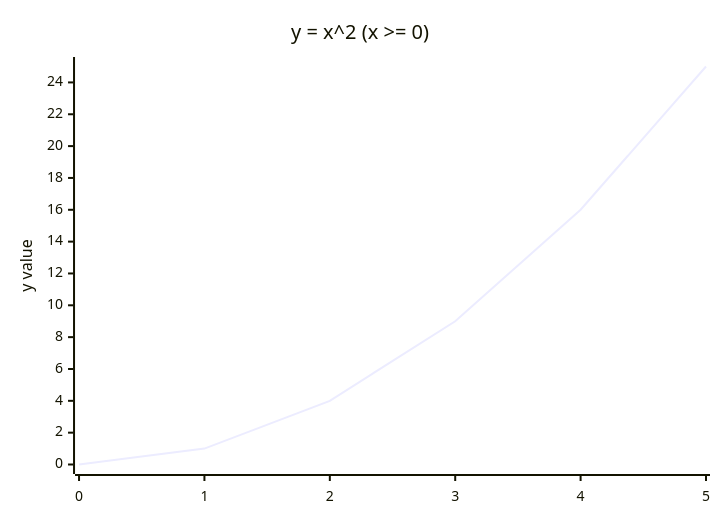
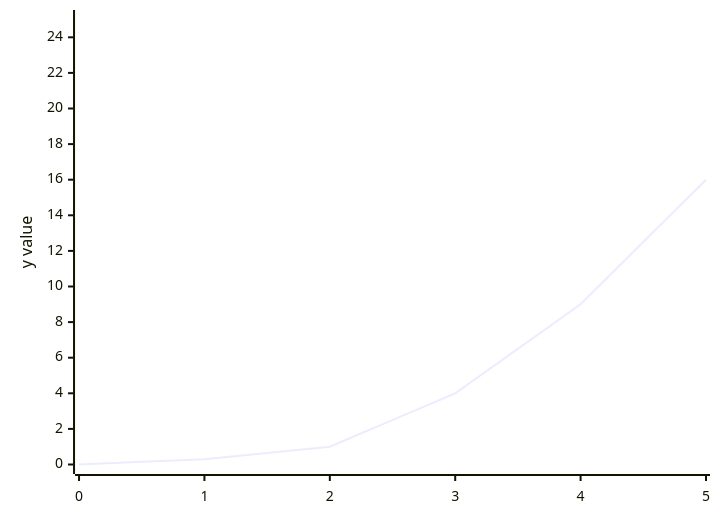
One commit to wayne-whitley/simple-initial-repository changed the diagram in README.md. Above: the diagram before and after it, drawn with Mermaid.

````diff
--- a/README.md
+++ b/README.md
@@ -8,7 +8,6 @@
 ```mermaid
 xychart-beta
-    title "y = x^2 (x >= 0)"
     x-axis [0, 1, 2, 3, 4, 5]
     y-axis "y value" 0 --> 25
-    line [0, 1, 4, 9, 16, 25]
+    line [0, 0.3, 1, 4, 9, 16, 25]
 ```
````
